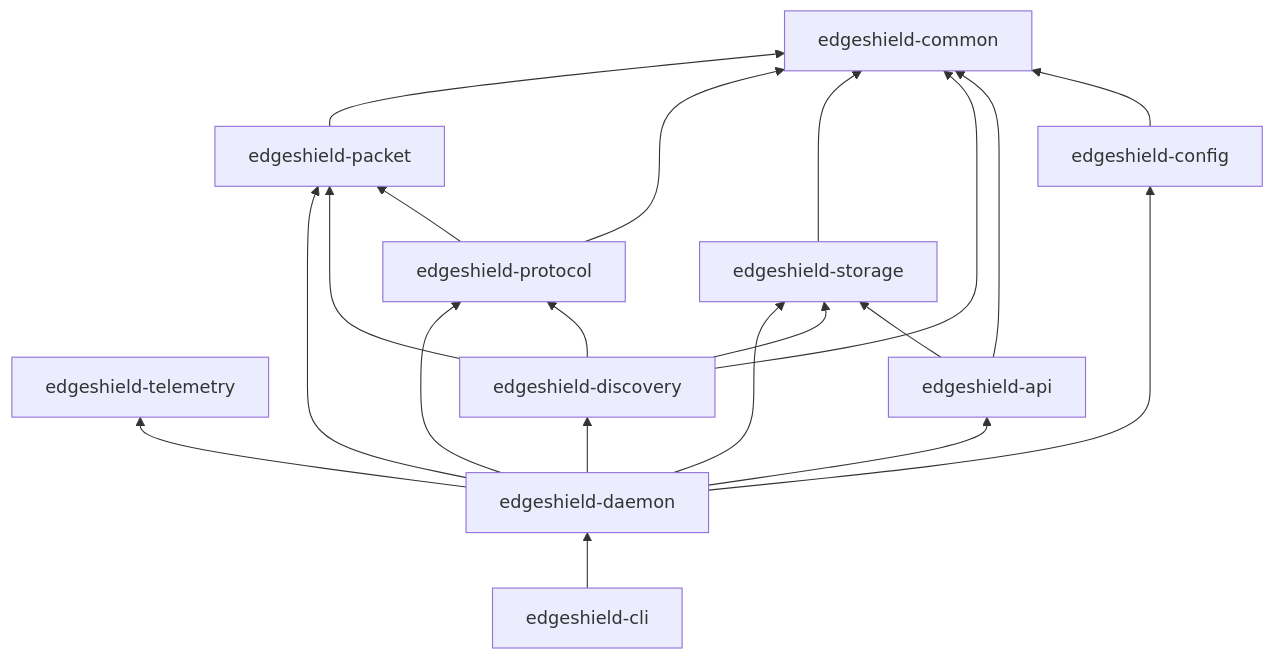
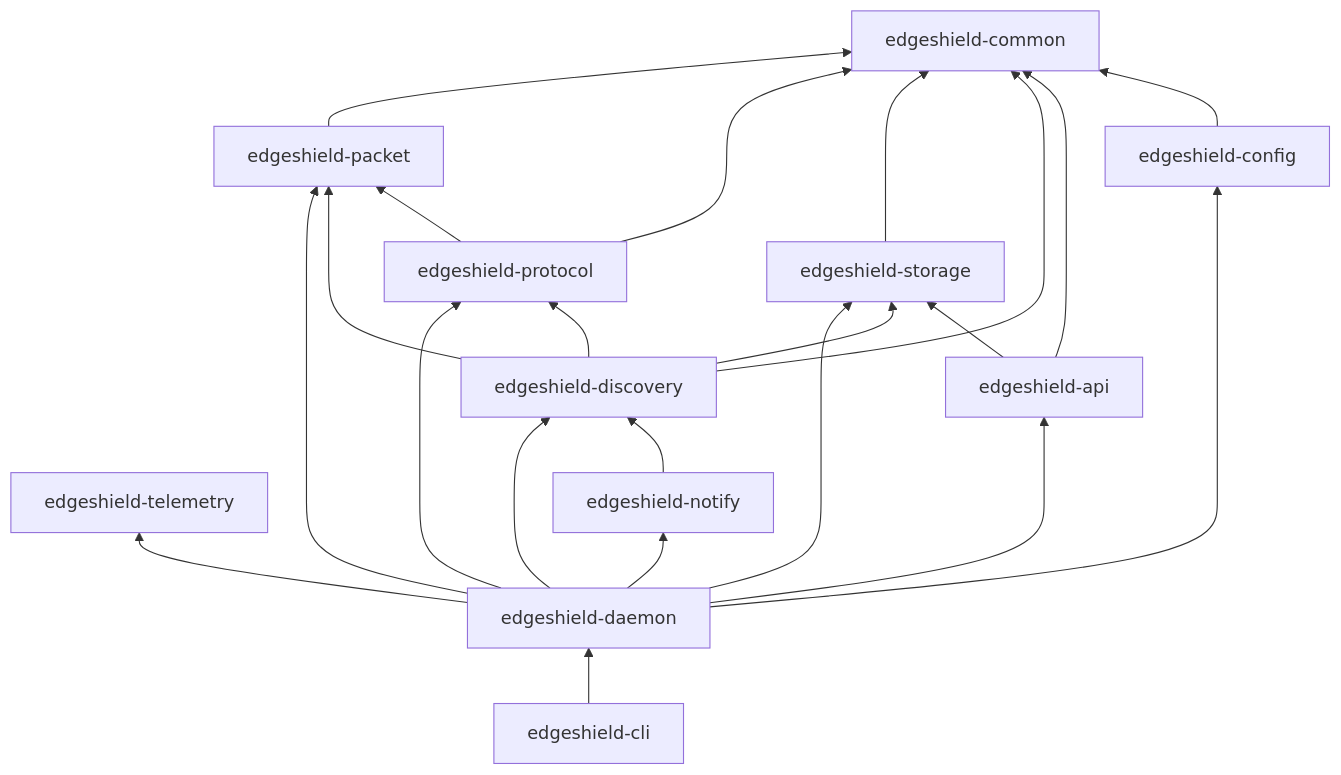
One commit to raythurman2386/edgeshield changed the second of 3 diagrams in ARCHITECTURE.md. Above: the diagram before and after it, drawn with Mermaid. The commit also changed other lines of this file and 8 other files, not shown here.

````diff
--- a/ARCHITECTURE.md
+++ b/ARCHITECTURE.md
@@ -129,22 +134,24 @@
 ```mermaid
 graph BT
     CLI[edgeshield-cli] --> DAEMON[edgeshield-daemon]
     DAEMON --> CONFIG[edgeshield-config]
     DAEMON --> TELEMETRY[edgeshield-telemetry]
     DAEMON --> PACKET[edgeshield-packet]
     DAEMON --> PROTOCOL[edgeshield-protocol]
     DAEMON --> DISCOVERY[edgeshield-discovery]
+    DAEMON --> NOTIFY[edgeshield-notify]
     DAEMON --> API[edgeshield-api]
     DAEMON --> STORAGE[edgeshield-storage]
     DISCOVERY --> PACKET
     DISCOVERY --> PROTOCOL
     DISCOVERY --> STORAGE
+    NOTIFY --> DISCOVERY
     API --> STORAGE
     PACKET --> COMMON[edgeshield-common]
     PROTOCOL --> COMMON
     PROTOCOL --> PACKET
     STORAGE --> COMMON
     DISCOVERY --> COMMON
     API --> COMMON
     CONFIG --> COMMON
 ```
````
